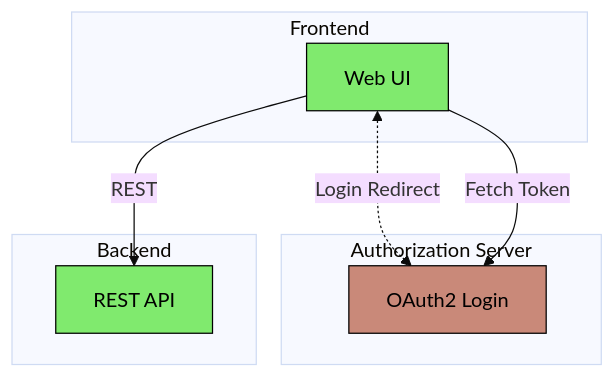
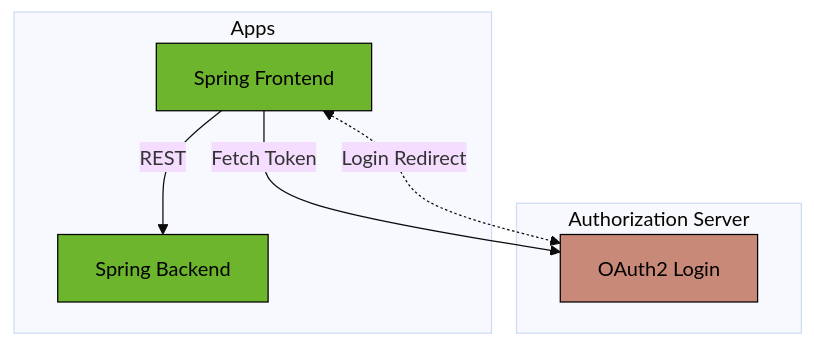
One commit to onlyteo/spring-boot-sandbox changed the diagram in spring-boot-oauth2-extended-authorization-server/README.md. Above: the diagram before and after it, drawn with Mermaid (base theme). The commit also changed 153 other files, not shown here.

````diff
--- a/spring-boot-oauth2-extended-authorization-server/README.md
+++ b/spring-boot-oauth2-extended-authorization-server/README.md
@@ -41,19 +41,18 @@
 ```mermaid
 graph TD
     subgraph Authorization Server
         X[OAuth2 Login]:::oauth2
     end
-    subgraph Frontend
-        A[Web UI]:::spring
-    end
-    subgraph Backend
-        B[REST API]:::spring
+    subgraph Apps
+        A[Spring Frontend]:::spring
+        B[Spring Backend]:::spring
     end
 
+    A -- REST --> B
+    A -- Fetch Token --> X
     A <-. Login Redirect .-> X
-    A -- Fetch Token --> X
-    A -- REST --> B
 
-    classDef spring fill: #80ea6e, stroke: #000000, color: #000000
+    classDef react fill: #58c4dc, stroke: #000000, color: #000000
+    classDef spring fill: #6cb52d, stroke: #000000, color: #000000
     classDef oauth2 fill: #c98979, stroke: #000000, color: #000000
 ```
````
